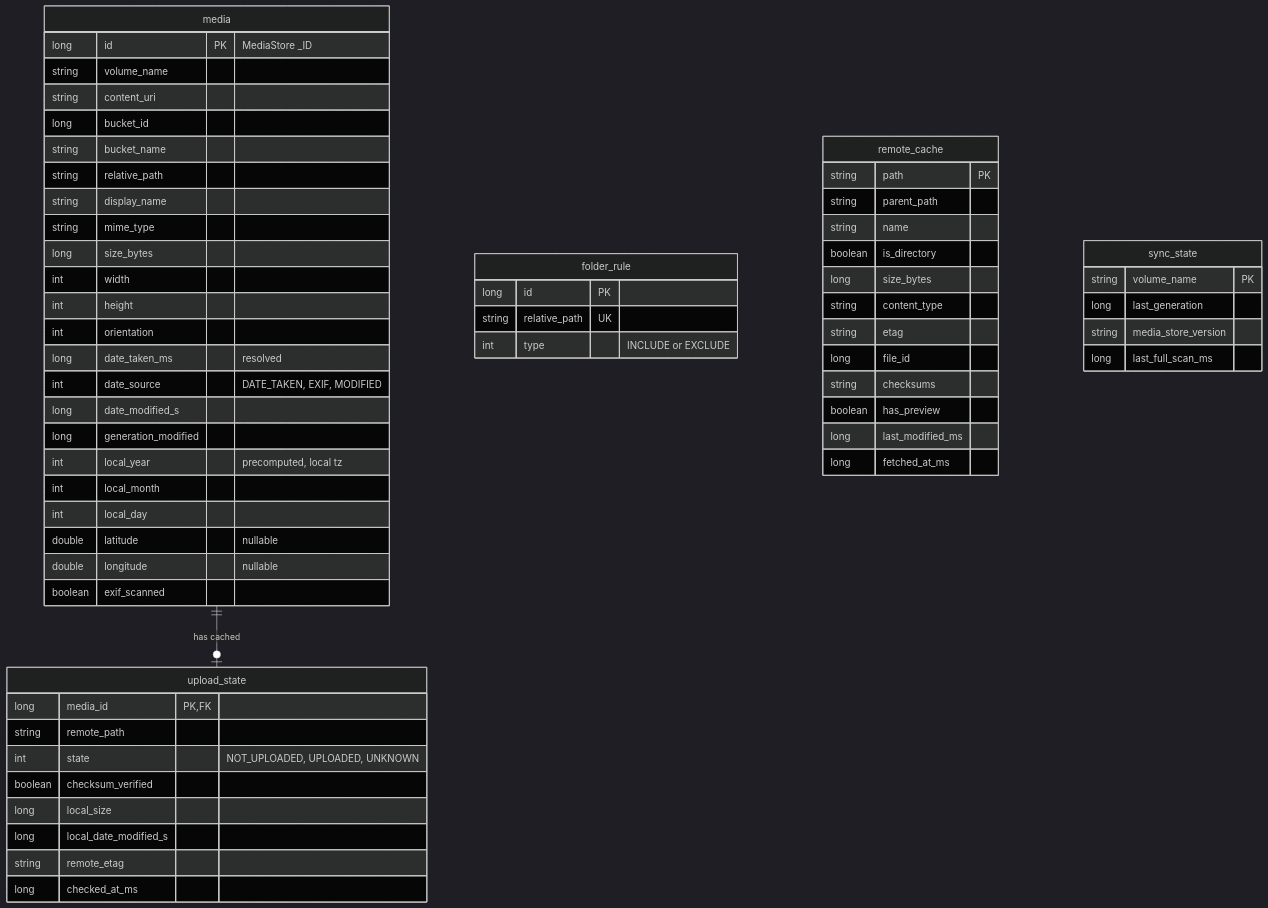
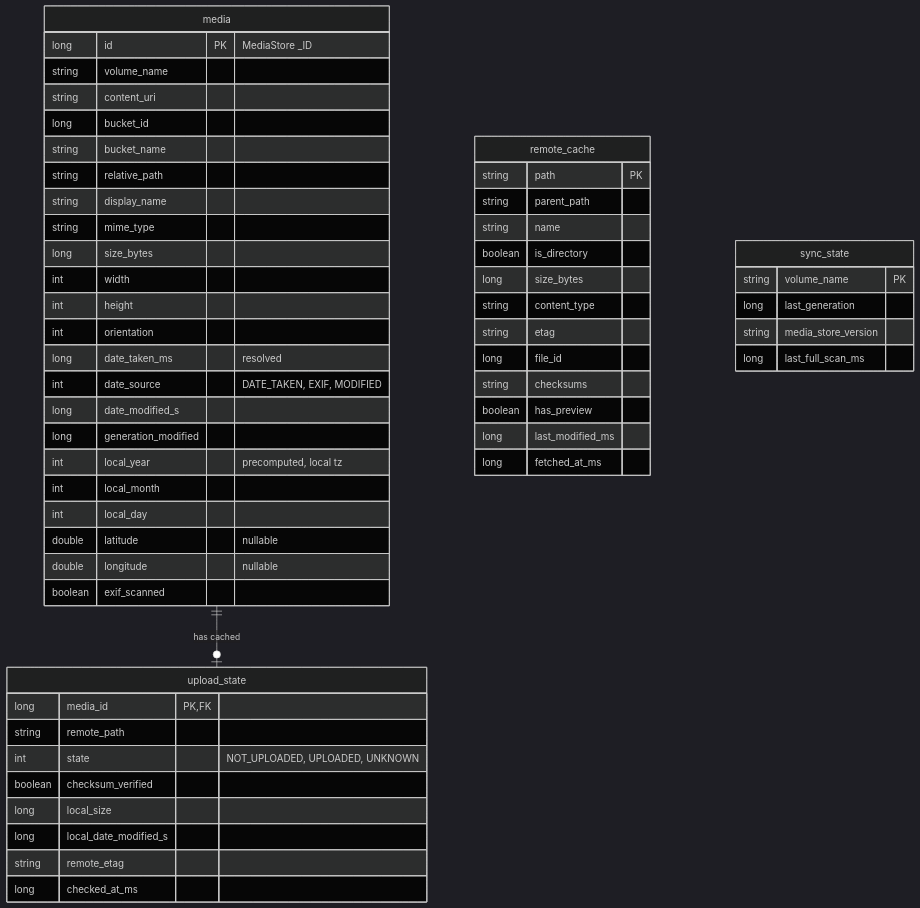
One commit to drehtuer/NextGalleryApp changed the third of 12 diagrams in docs/ARCHITECTURE.md. Above: the diagram before and after it, drawn with Mermaid (dark theme). The commit also changed other lines of this file and 71 other files, not shown here.

````diff
--- a/docs/ARCHITECTURE.md
+++ b/docs/ARCHITECTURE.md
@@ -370,64 +370,59 @@
 ```mermaid
 erDiagram
     media {
         long id PK "MediaStore _ID"
         string volume_name
         string content_uri
         long bucket_id
         string bucket_name
         string relative_path
         string display_name
         string mime_type
         long size_bytes
         int width
         int height
         int orientation
         long date_taken_ms "resolved"
         int date_source "DATE_TAKEN, EXIF, MODIFIED"
         long date_modified_s
         long generation_modified
         int local_year "precomputed, local tz"
         int local_month
         int local_day
         double latitude "nullable"
         double longitude "nullable"
         boolean exif_scanned
-    }
-    folder_rule {
-        long id PK
-        string relative_path UK
-        int type "INCLUDE or EXCLUDE"
     }
     upload_state {
         long media_id PK, FK
         string remote_path
         int state "NOT_UPLOADED, UPLOADED, UNKNOWN"
         boolean checksum_verified
         long local_size
         long local_date_modified_s
         string remote_etag
         long checked_at_ms
     }
     remote_cache {
         string path PK
         string parent_path
         string name
         boolean is_directory
         long size_bytes
         string content_type
         string etag
         long file_id
         string checksums
         boolean has_preview
         long last_modified_ms
         long fetched_at_ms
     }
     sync_state {
         string volume_name PK
         long last_generation
         string media_store_version
         long last_full_scan_ms
     }
 
     media ||--o| upload_state : "has cached"
 ```
````
